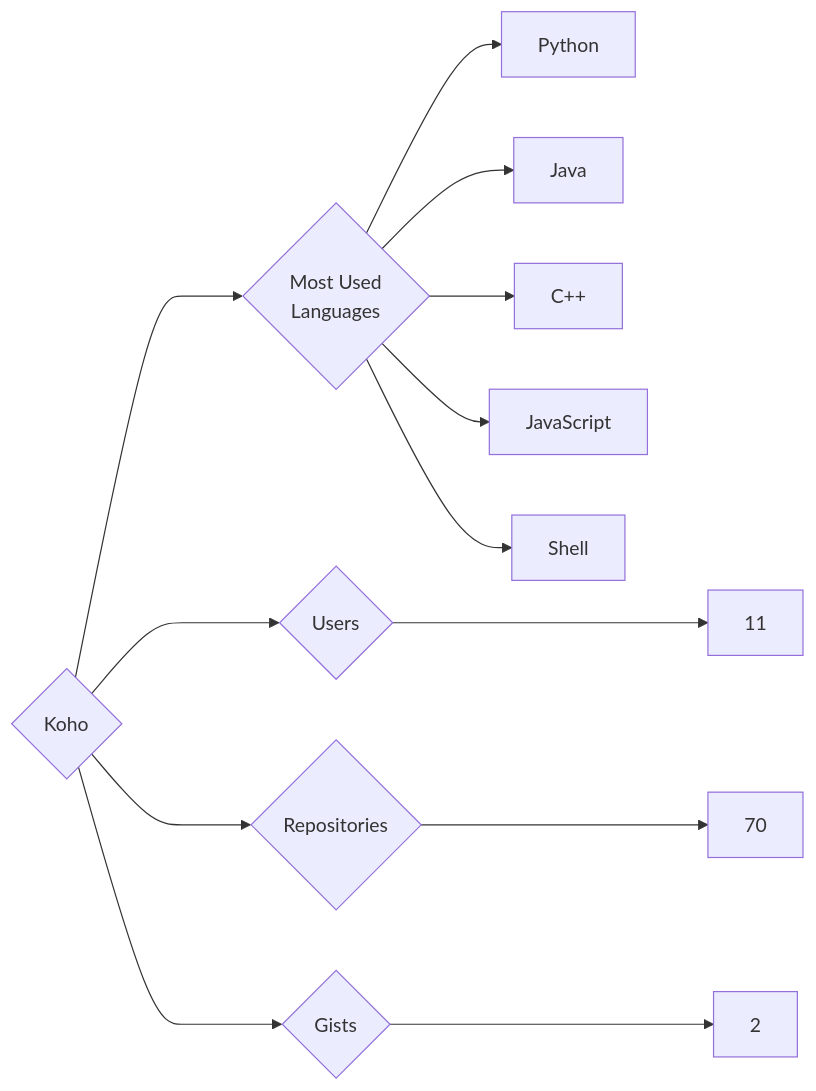
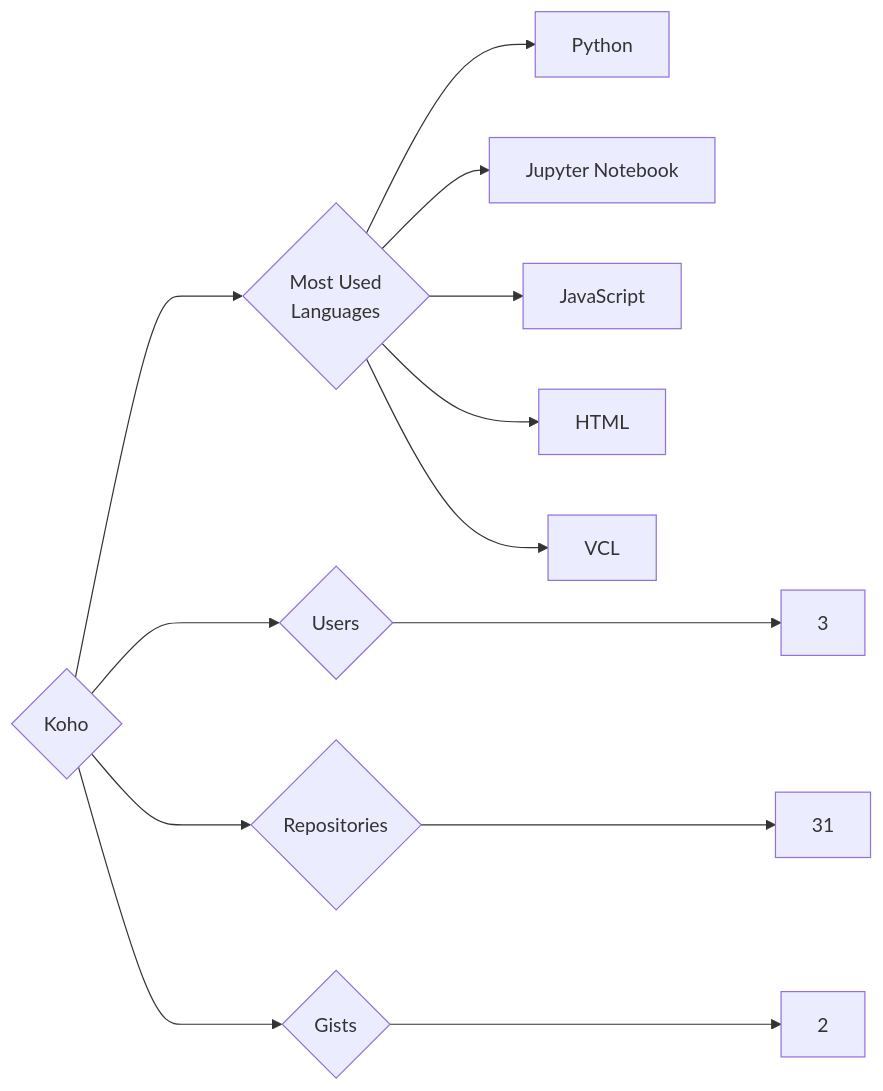
One commit to trickest/insiders changed the diagram in targets/Koho/README.md. Above: the diagram before and after it, drawn with Mermaid. The commit also changed 1238 other files, not shown here.

````diff
--- a/targets/Koho/README.md
+++ b/targets/Koho/README.md
@@ -3,13 +3,13 @@
 ```mermaid
 graph LR
 COMPANY_NAME{Koho}
-COMPANY_NAME ---> U{Users} ---> UN[11]
-COMPANY_NAME ---> R{Repositories} ---> RN[70]
+COMPANY_NAME ---> U{Users} ---> UN[3]
+COMPANY_NAME ---> R{Repositories} ---> RN[31]
 COMPANY_NAME ---> G{Gists} ---> GN[2]
 COMPANY_NAME ---> ML{Most Used<br>Languages}
 ML --> Python[Python]
-ML --> Java[Java]
-ML --> C++[C++]
+ML --> Jupyter_Notebook[Jupyter Notebook]
 ML --> JavaScript[JavaScript]
-ML --> Shell[Shell]
+ML --> HTML[HTML]
+ML --> VCL[VCL]
 ```
````
